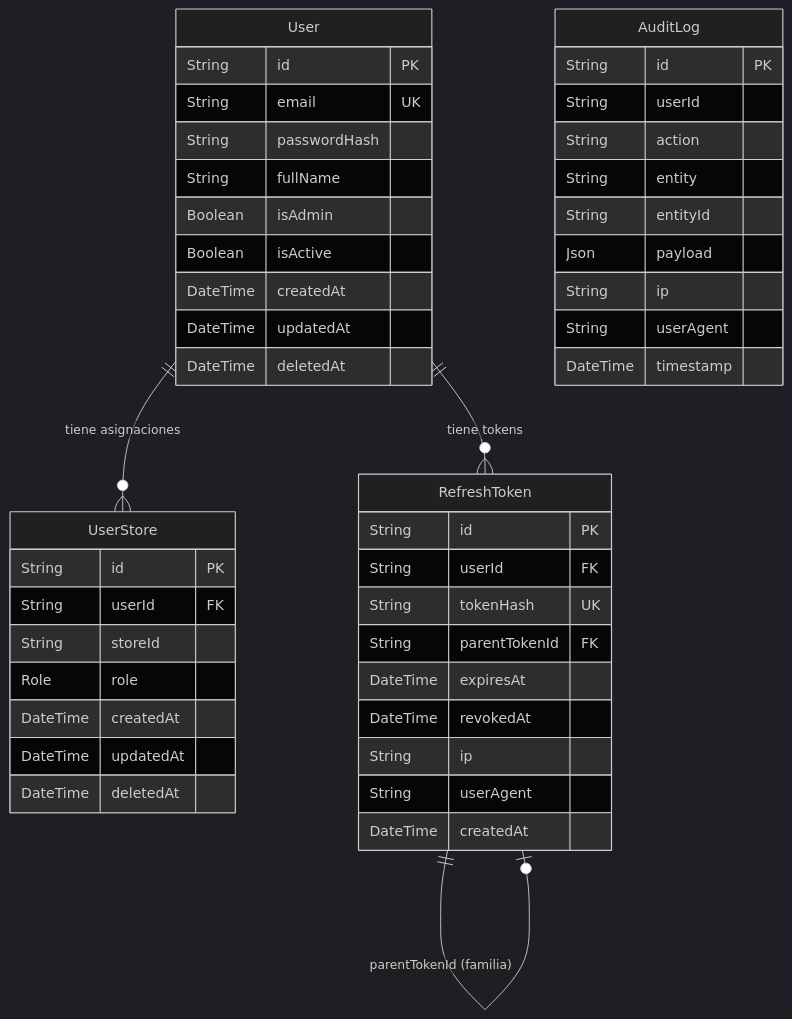
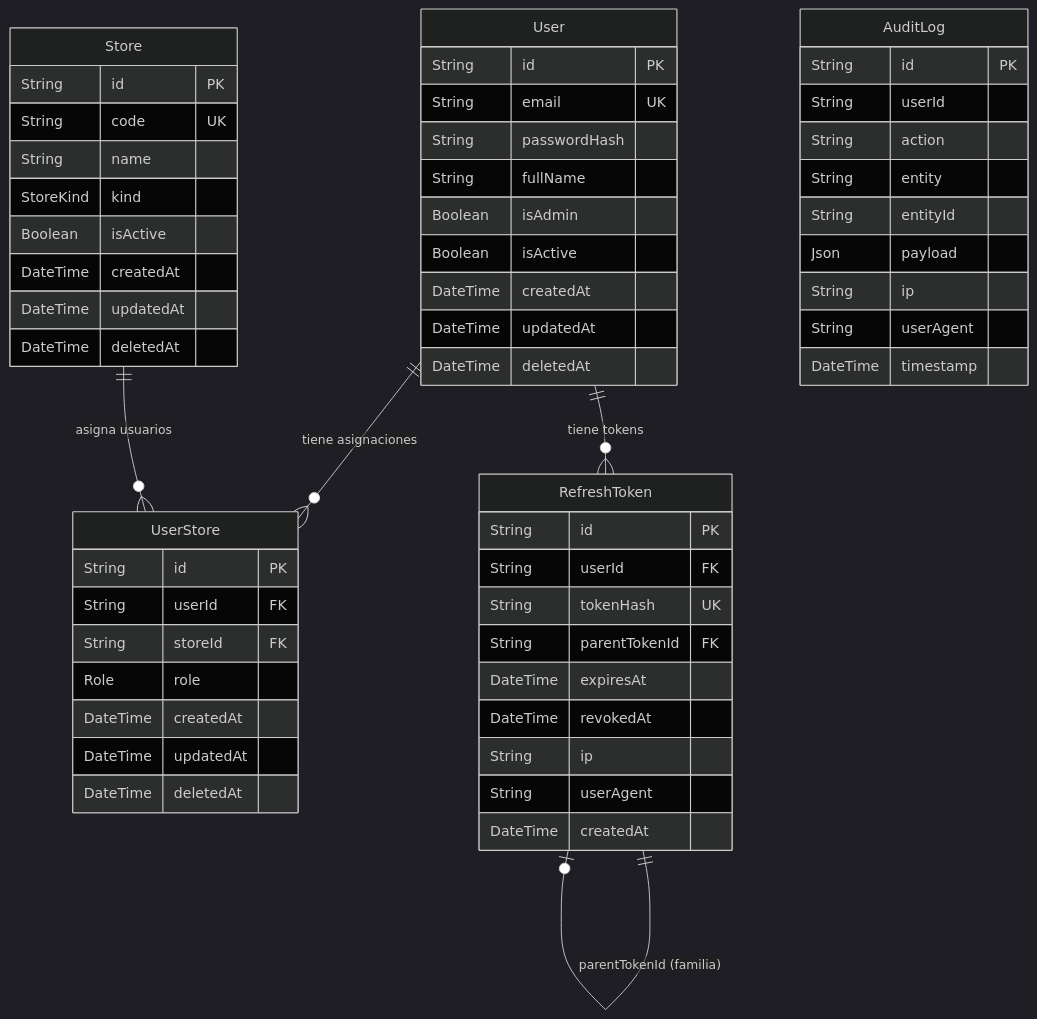
One commit to Thompson154/surmoda_inventory changed the diagram in docs/05-modelo-datos.md. Above: the diagram before and after it, drawn with Mermaid (dark theme). The commit also changed other lines of this file and 43 other files, not shown here.

````diff
--- a/docs/05-modelo-datos.md
+++ b/docs/05-modelo-datos.md
@@ -20,52 +20,64 @@
 ```mermaid
 erDiagram
     User {
         String id PK
         String email UK
         String passwordHash
         String fullName
         Boolean isAdmin
         Boolean isActive
         DateTime createdAt
         DateTime updatedAt
         DateTime deletedAt
     }
 
     UserStore {
         String id PK
         String userId FK
-        String storeId
+        String storeId FK
         Role role
+        DateTime createdAt
+        DateTime updatedAt
+        DateTime deletedAt
+    }
+
+    Store {
+        String id PK
+        String code UK
+        String name
+        StoreKind kind
+        Boolean isActive
         DateTime createdAt
         DateTime updatedAt
         DateTime deletedAt
     }
 
     RefreshToken {
         String id PK
         String userId FK
         String tokenHash UK
         String parentTokenId FK
         DateTime expiresAt
         DateTime revokedAt
         String ip
         String userAgent
         DateTime createdAt
     }
 
     AuditLog {
         String id PK
         String userId
         String action
         String entity
         String entityId
         Json payload
         String ip
         String userAgent
         DateTime timestamp
     }
 
     User ||--o{ UserStore : "tiene asignaciones"
+    Store ||--o{ UserStore : "asigna usuarios"
     User ||--o{ RefreshToken : "tiene tokens"
     RefreshToken ||--o| RefreshToken : "parentTokenId (familia)"
 ```
````
